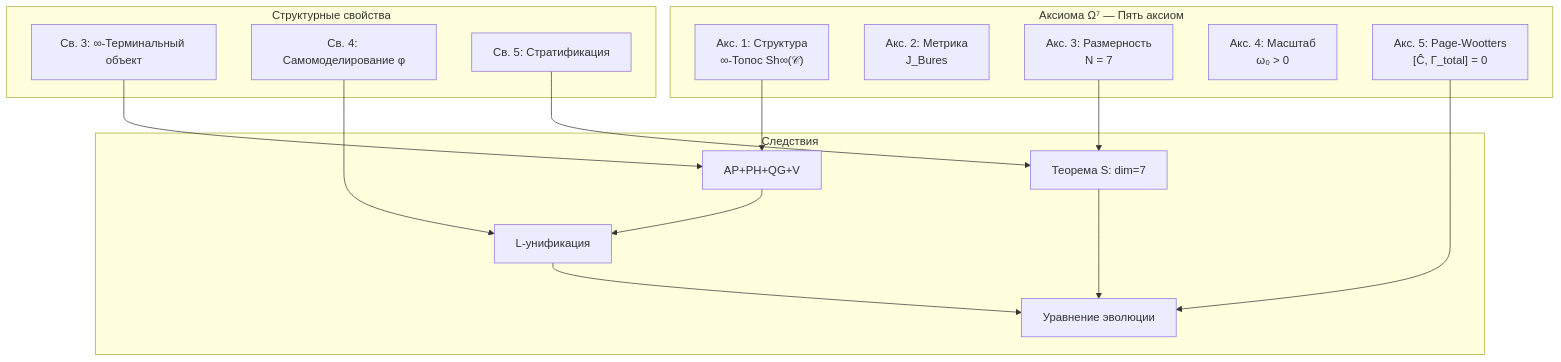
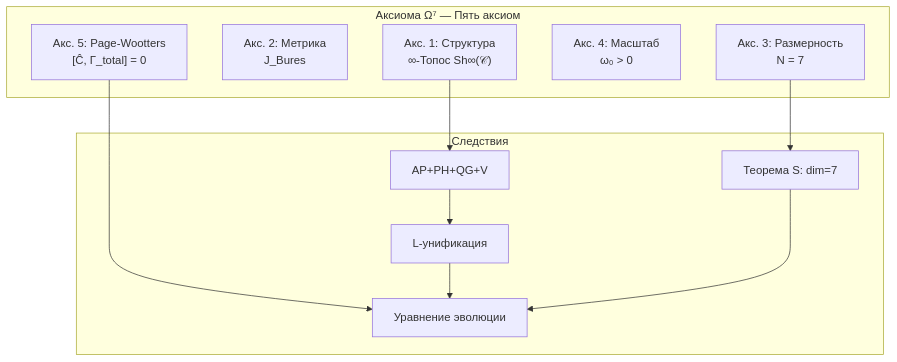
The first of 2 diagrams in website/docs/applied/coherence-cybernetics/axiomatics.md (uhm-theory/holon), drawn with Mermaid before and after one commit. The commit also changed other lines of this file and 175 other files, not shown here.

````diff
--- a/website/docs/applied/coherence-cybernetics/axiomatics.md
+++ b/website/docs/applied/coherence-cybernetics/axiomatics.md
@@ -60,30 +70,22 @@
 ```mermaid
 graph TD
     subgraph "Аксиома Ω⁷ — Пять аксиом"
         AX1["Акс. 1: Структура<br/>∞-Топос Sh∞(𝒞)"]
         AX2["Акс. 2: Метрика<br/>J_Bures"]
         AX3["Акс. 3: Размерность<br/>N = 7"]
         AX4["Акс. 4: Масштаб<br/>ω₀ > 0"]
         AX5["Акс. 5: Page-Wootters<br/>[Ĉ, Γ_total] = 0"]
-    end
-    subgraph "Структурные свойства"
-        P3["Св. 3: ∞-Терминальный объект"]
-        P4["Св. 4: Самомоделирование φ"]
-        P5["Св. 5: Стратификация"]
     end
     subgraph "Следствия"
         S["Теорема S: dim=7"]
         APQ["AP+PH+QG+V"]
         LU["L-унификация"]
         EVOL["Уравнение эволюции"]
     end
     AX1 --> APQ
     AX3 --> S
     AX5 --> EVOL
-    P3 --> APQ
-    P4 --> LU
-    P5 --> S
     APQ --> LU
     LU --> EVOL
     S --> EVOL
 ```
````
